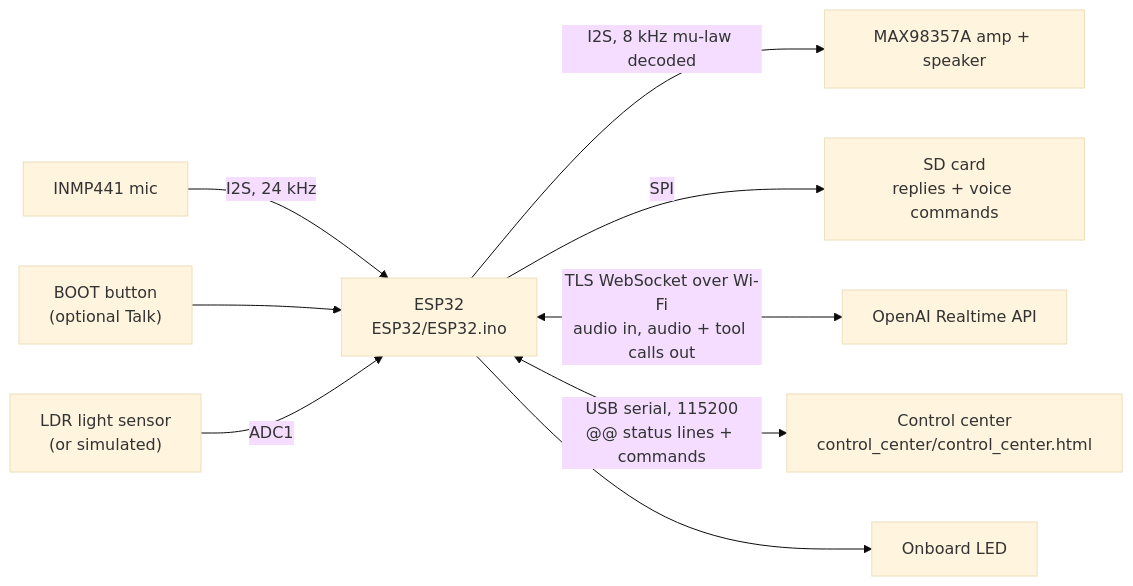
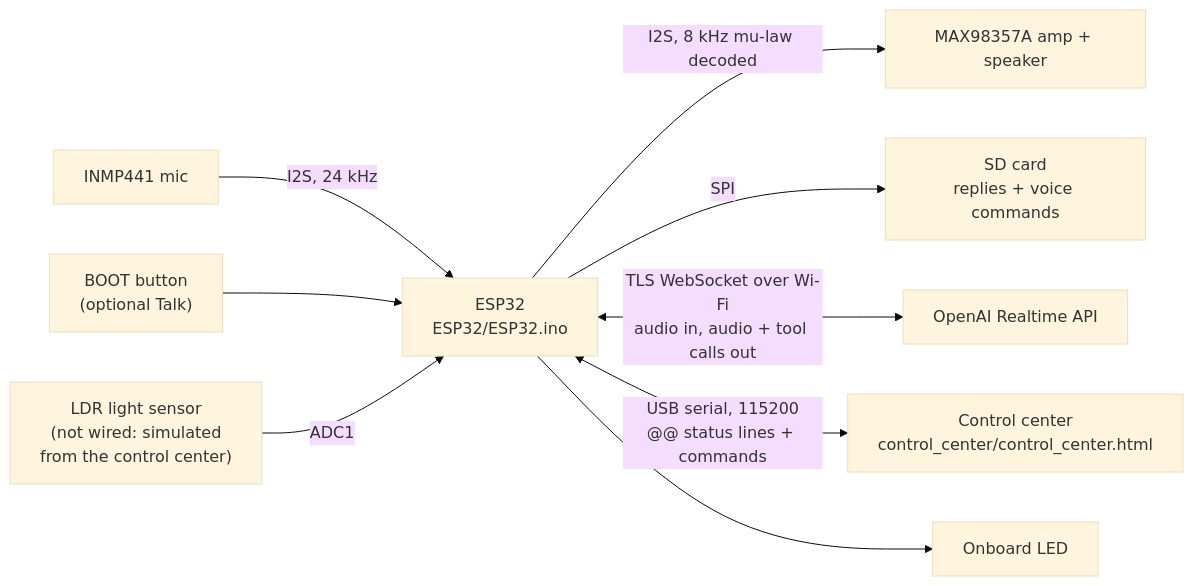
Before and after one commit to tomer-gilan/Technion_Voice_Assistant_Summer_2026_A2: the first of 3 diagrams in Documentation/architecture.md, drawn with Mermaid (base theme). The commit also changed other lines of this file and 4 other files, not shown here.

````diff
--- a/Documentation/architecture.md
+++ b/Documentation/architecture.md
@@ -11,11 +11,11 @@
 ```mermaid
 flowchart LR
   MIC["INMP441 mic"] -- "I2S, 24 kHz" --> ESP["ESP32<br/>ESP32/ESP32.ino"]
   ESP -- "I2S, 8 kHz mu-law decoded" --> AMP["MAX98357A amp + speaker"]
   ESP -- "SPI" --> SD["SD card<br/>replies + voice commands"]
   ESP <-- "TLS WebSocket over Wi-Fi<br/>audio in, audio + tool calls out" --> AI["OpenAI Realtime API"]
   ESP <-- "USB serial, 115200<br/>@@ status lines + commands" --> GUI["Control center<br/>control_center/control_center.html"]
   ESP --> LED["Onboard LED"]
   BTN["BOOT button<br/>(optional Talk)"] --> ESP
-  LDR["LDR light sensor<br/>(or simulated)"] -- "ADC1" --> ESP
+  LDR["LDR light sensor<br/>(not wired: simulated<br/>from the control center)"] -- "ADC1" --> ESP
 ```
````
